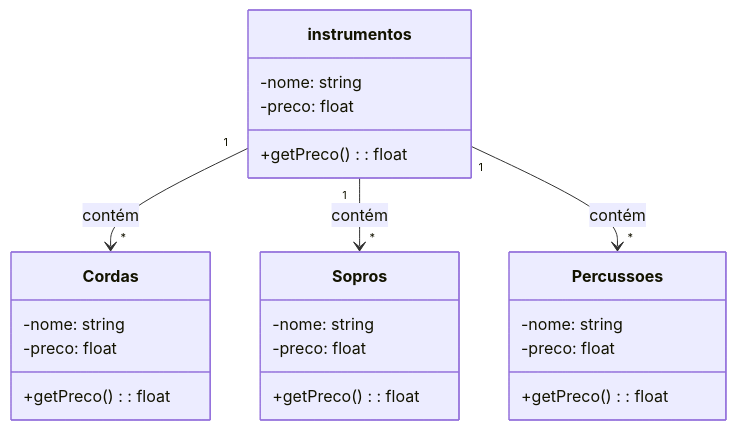
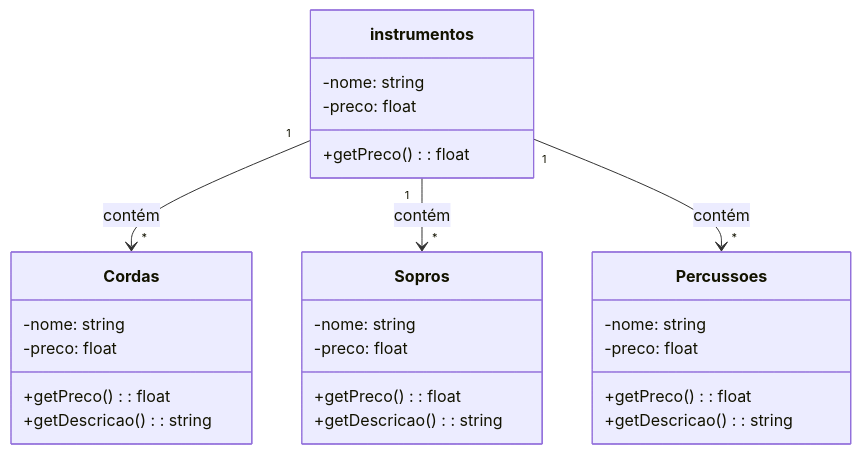
One commit to LucasGabrielPaes/teste changed the diagram in README.md. Above: the diagram before and after it, drawn with Mermaid.

````diff
--- a/README.md
+++ b/README.md
@@ -1,30 +1,33 @@
 ```mermaid
 classDiagram
   class instrumentos {
      -nome: string
     -preco: float
     +getPreco(): float
   }
 
   class Cordas {
    -nome: string
     -preco: float
     +getPreco(): float
+    +getDescricao(): string
 }
 
  class Sopros {
    -nome: string
     -preco: float
     +getPreco(): float
+    +getDescricao(): string
 }
 
  class Percussoes {
    -nome: string
     -preco: float
     +getPreco(): float
+    +getDescricao(): string
 }
 
 instrumentos "1" --> "*" Cordas : contém
 instrumentos "1" --> "*" Sopros : contém
 instrumentos "1" --> "*" Percussoes : contém
 ```
````
